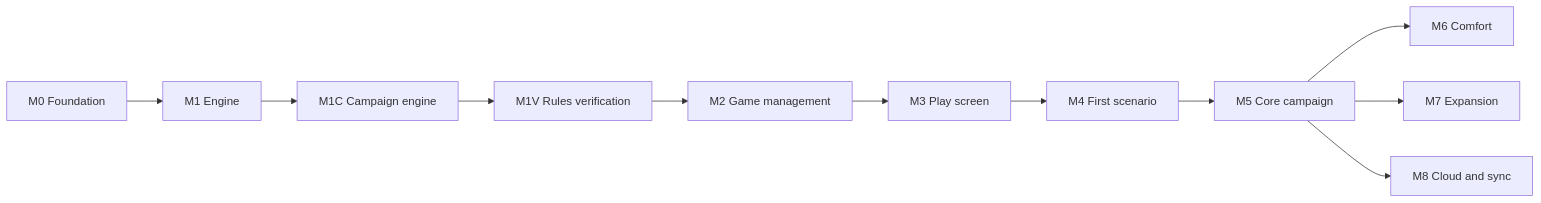
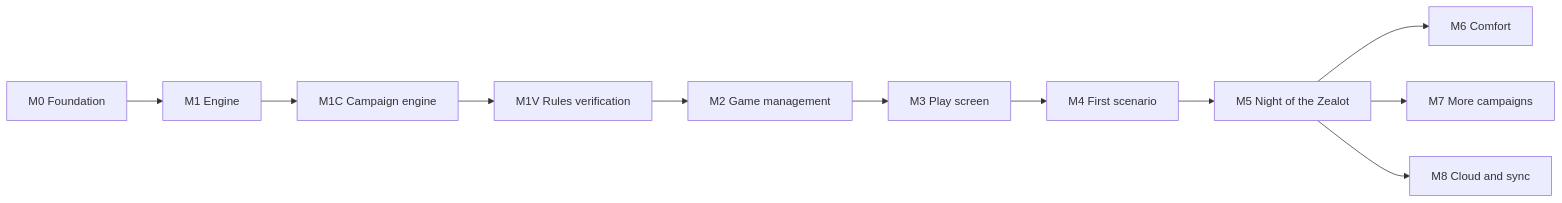
The diagram in docs/product.md (macandy13/arkham-companion), drawn with Mermaid before and after one commit. The commit also changed other lines of this file and 6 other files, not shown here.

First line of the commit message:
docs: re-plan milestones for Night of the Zealot first, then the campaign order

````diff
--- a/docs/product.md
+++ b/docs/product.md
@@ -65,7 +65,7 @@
 ```mermaid
 flowchart LR
-  M0[M0 Foundation] --> M1[M1 Engine] --> M1C[M1C Campaign engine] --> M1V[M1V Rules verification] --> M2[M2 Game management] --> M3[M3 Play screen] --> M4[M4 First scenario] --> M5[M5 Core campaign]
+  M0[M0 Foundation] --> M1[M1 Engine] --> M1C[M1C Campaign engine] --> M1V[M1V Rules verification] --> M2[M2 Game management] --> M3[M3 Play screen] --> M4[M4 First scenario] --> M5[M5 Night of the Zealot]
   M5 --> M6[M6 Comfort]
-  M5 --> M7[M7 Expansion]
+  M5 --> M7[M7 More campaigns]
   M5 --> M8[M8 Cloud and sync]
 ```
````
